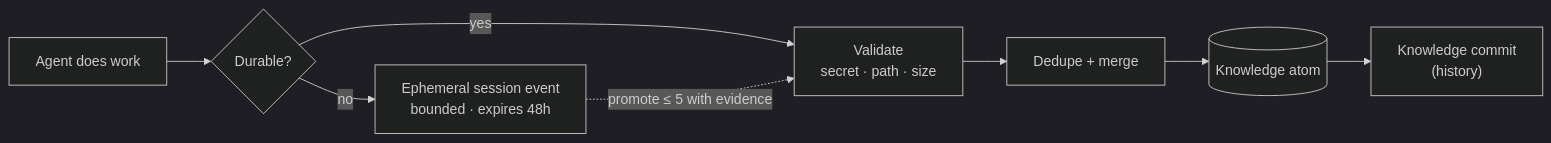
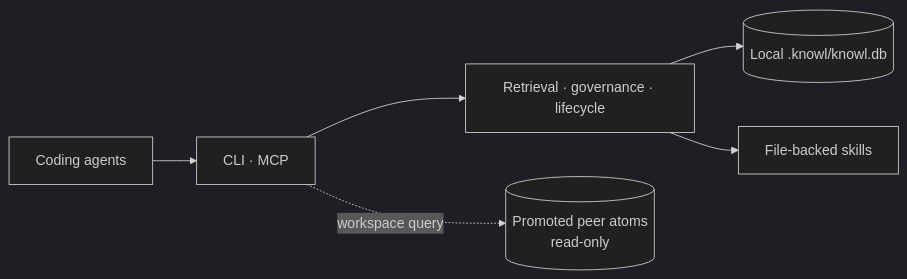
One commit to dat999zx/knowl changed the diagram in README.md. Above: the diagram before and after it, drawn with Mermaid (dark theme). The commit also changed other lines of this file and 2 other files, not shown here.

````diff
--- a/README.md
+++ b/README.md
@@ -212,10 +116,8 @@
 ```mermaid
 flowchart LR
-    W["Agent does work"] --> C{"Durable?"}
-    C -- "no" --> E["Ephemeral session event<br/>bounded · expires 48h"]
-    C -- "yes" --> V["Validate<br/>secret · path · size"]
-    V --> M["Dedupe + merge"]
-    M --> K[("Knowledge atom")]
-    K --> H["Knowledge commit<br/>(history)"]
-    E -. "promote ≤ 5 with evidence" .-> V
+    A["Coding agents"] --> P["CLI · MCP"]
+    P --> C["Retrieval · governance · lifecycle"]
+    C --> D[("Local .knowl/knowl.db")]
+    C --> S["File-backed skills"]
+    P -. "workspace query" .-> W[("Promoted peer atoms<br/>read-only")]
 ```
````
